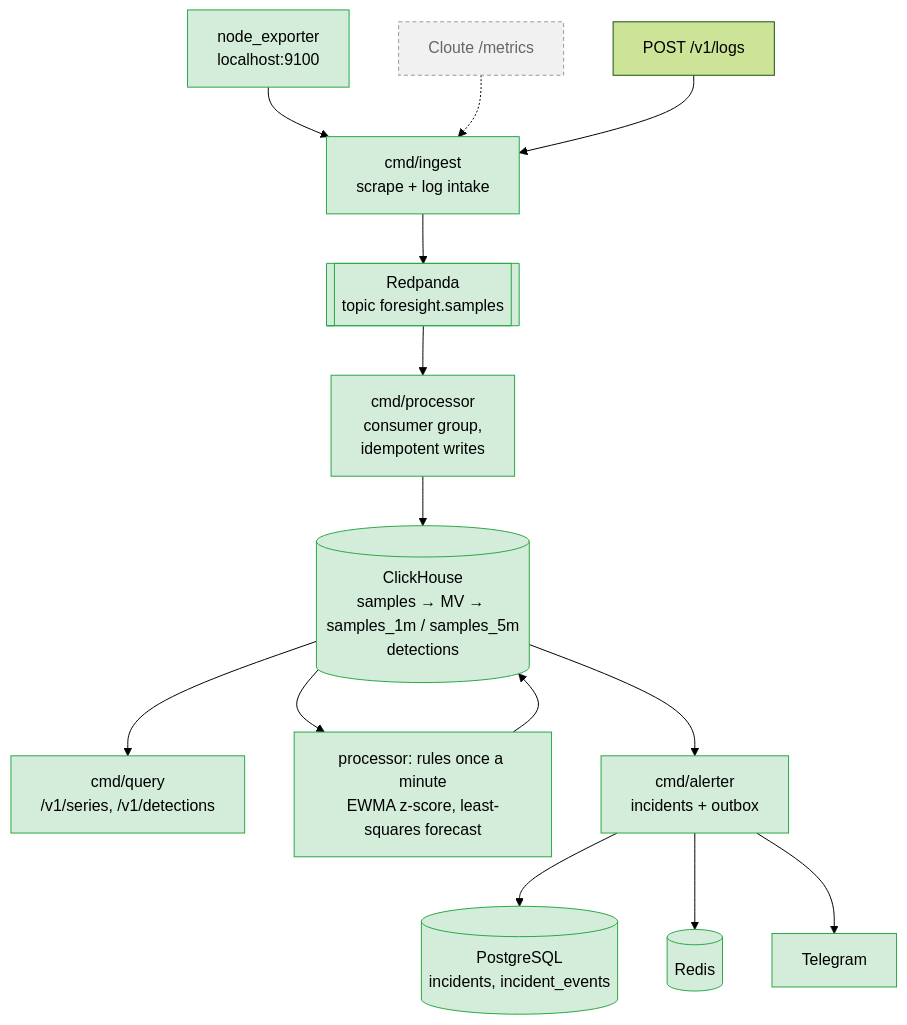
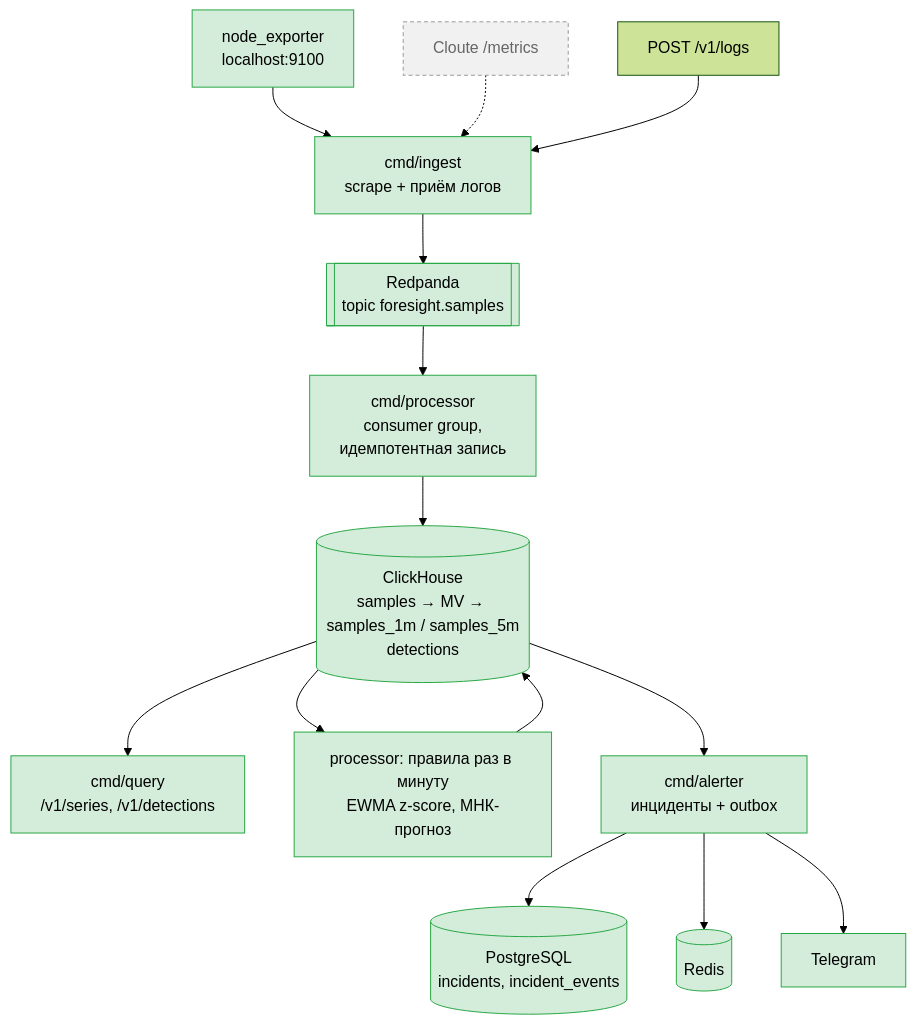
Before and after one commit to te1pe/foresight: the diagram in README.md, drawn with Mermaid (forest theme). The commit also changed other lines of this file and 1 other file, not shown here.

````diff
--- a/README.md
+++ b/README.md
@@ -33,35 +19,35 @@
 ```mermaid
 flowchart TD
     NE[node_exporter<br/>localhost:9100]
     CL[Cloute /metrics]
     LG[POST /v1/logs]
-    IN[cmd/ingest<br/>scrape + log intake]
+    IN[cmd/ingest<br/>scrape + приём логов]
     RP[[Redpanda<br/>topic foresight.samples]]
-    PR[cmd/processor<br/>consumer group,<br/>idempotent writes]
+    PR[cmd/processor<br/>consumer group,<br/>идемпотентная запись]
     CH[(ClickHouse<br/>samples → MV → samples_1m / samples_5m<br/>detections)]
     QY[cmd/query<br/>/v1/series, /v1/detections]
-    DT[processor: rules once a minute<br/>EWMA z-score, least-squares forecast]
-    AL[cmd/alerter<br/>incidents + outbox]
+    DT[processor: правила раз в минуту<br/>EWMA z-score, МНК-прогноз]
+    AL[cmd/alerter<br/>инциденты + outbox]
     PG[(PostgreSQL<br/>incidents, incident_events)]
     RD[(Redis)]
     TG[Telegram]
 
     NE --> IN
     CL -.-> IN
     LG --> IN
     IN --> RP
     RP --> PR
     PR --> CH
     CH --> QY
     CH --> DT
     DT --> CH
     CH --> AL
     AL --> PG
     AL --> RD
     AL --> TG
 
     classDef done fill:#d4edda,stroke:#28a745,color:#000
     classDef todo fill:#f1f1f1,stroke:#999,color:#666,stroke-dasharray: 4 3
     class NE,IN,RP,PR,CH,QY,DT,AL,PG,RD,TG done
     class CL todo
 ```
````
